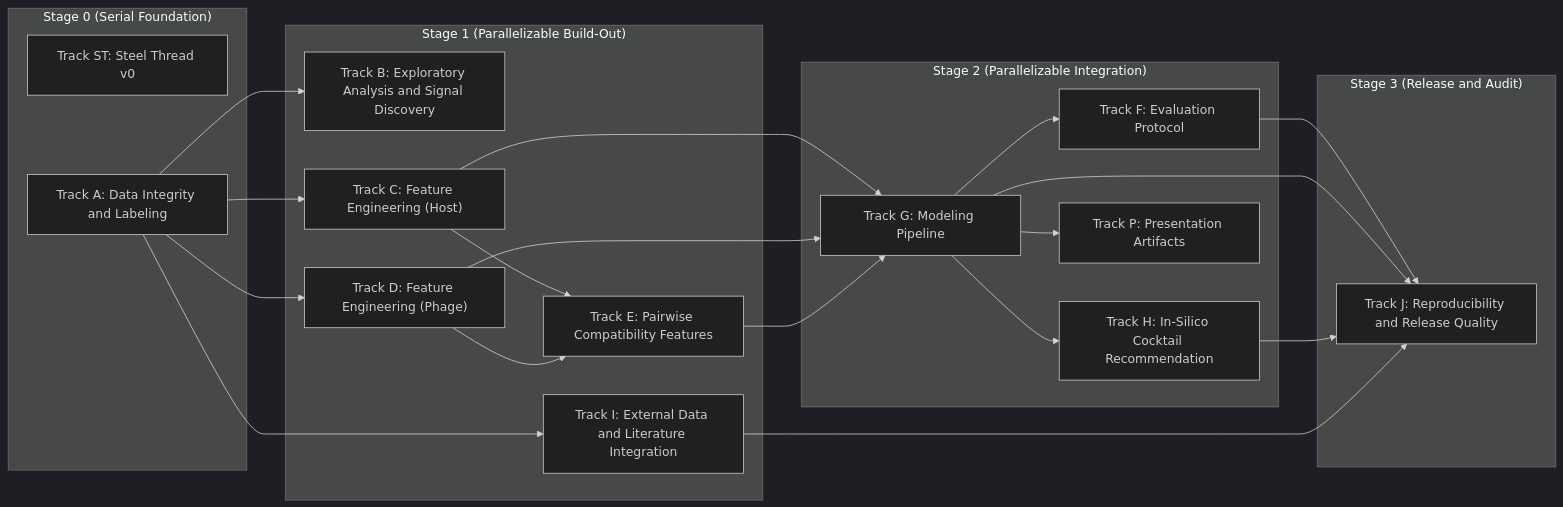
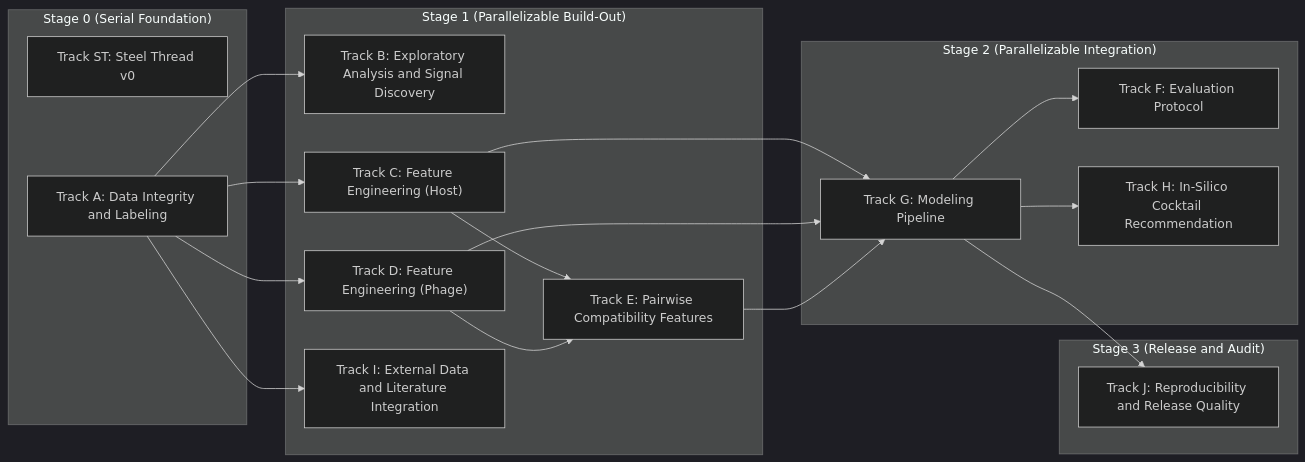
One commit to LorenaDerezanin/coli_phage_interactions_2023 changed the diagram in lyzortx/research_notes/PLAN.md. Above: the diagram before and after it, drawn with Mermaid (dark theme). The commit also changed other lines of this file and 24 other files, not shown here.

````diff
--- a/lyzortx/research_notes/PLAN.md
+++ b/lyzortx/research_notes/PLAN.md
@@ -7,43 +7,38 @@
 ```mermaid
 graph LR
   subgraph s0["Stage 0 (Serial Foundation)"]
     tst["Track ST: Steel Thread v0"]
     ta["Track A: Data Integrity and Labeling"]
   end
 
   subgraph s1["Stage 1 (Parallelizable Build-Out)"]
     tb["Track B: Exploratory Analysis and Signal Discovery"]
     tc["Track C: Feature Engineering (Host)"]
     td["Track D: Feature Engineering (Phage)"]
     te["Track E: Pairwise Compatibility Features"]
     ti["Track I: External Data and Literature Integration"]
   end
 
   subgraph s2["Stage 2 (Parallelizable Integration)"]
     tf["Track F: Evaluation Protocol"]
     tg["Track G: Modeling Pipeline"]
     th["Track H: In-Silico Cocktail Recommendation"]
-    tp["Track P: Presentation Artifacts"]
   end
 
   subgraph s3["Stage 3 (Release and Audit)"]
     tj["Track J: Reproducibility and Release Quality"]
   end
 
   ta --> tb
   ta --> tc
   ta --> td
   tc --> te
   td --> te
   tg --> tf
   tc --> tg
   td --> tg
   te --> tg
   tg --> th
   ta --> ti
-  tf --> tj
   tg --> tj
-  th --> tj
-  ti --> tj
-  tg --> tp
 ```
````
